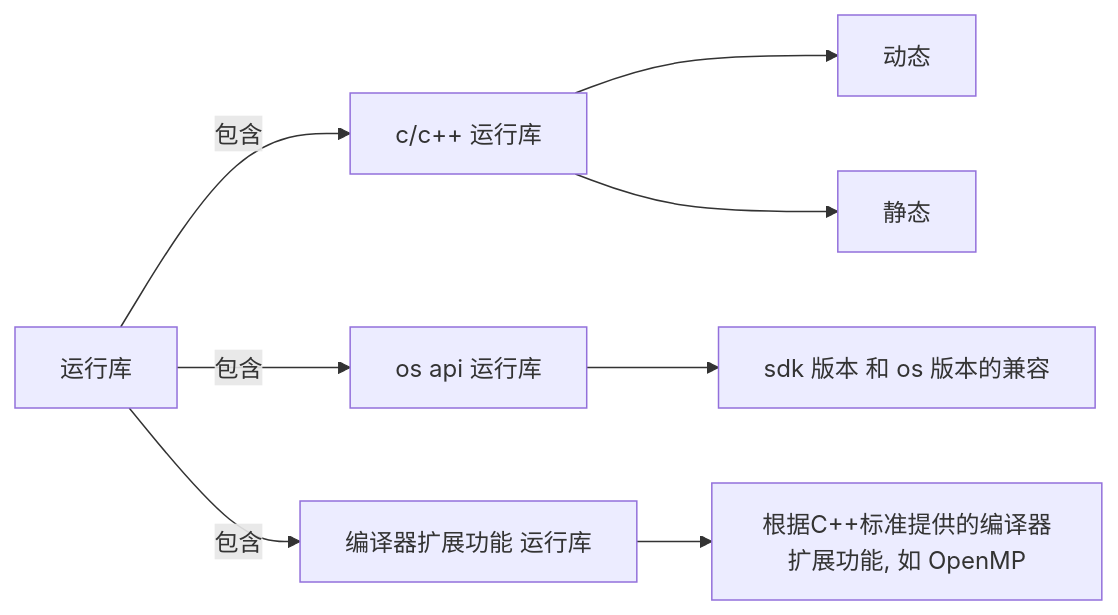
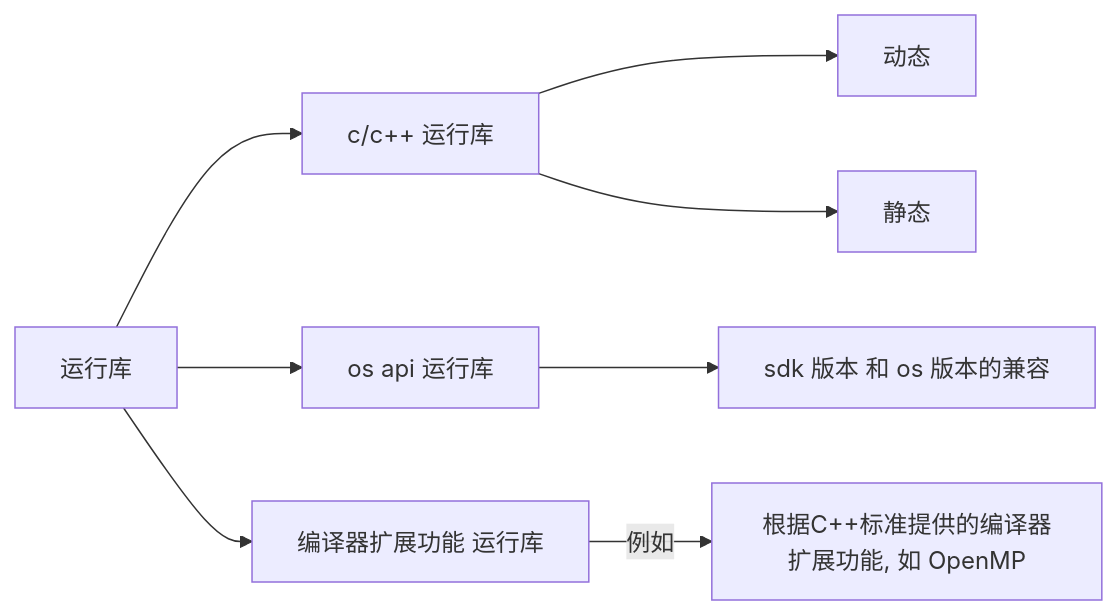
One commit to joyous-x/blog changed the diagram in blog_raw/blog/platform/windows/runtime_lib.md. Above: the diagram before and after it, drawn with Mermaid. The commit also changed other lines of this file, not shown here.

````diff
--- a/blog_raw/blog/platform/windows/runtime_lib.md
+++ b/blog_raw/blog/platform/windows/runtime_lib.md
@@ -144,10 +144,10 @@
     ```mermaid
     graph LR
-        A[运行库] --> |包含| B[c/c++ 运行库]
-        A[运行库] --> |包含| C[os api 运行库]
-        A[运行库] --> |包含| D[编译器扩展功能 运行库]
+        A[运行库] --> B[c/c++ 运行库]
+        A[运行库] --> C[os api 运行库]
+        A[运行库] --> D[编译器扩展功能 运行库]
         B --> E[动态]
         B --> F[静态]
         C --> G[sdk 版本 和 os 版本的兼容]
-        D --> H[根据C++标准提供的编译器扩展功能, 如 OpenMP]
+        D --> |例如| H[根据C++标准提供的编译器扩展功能, 如 OpenMP]
     ```
````
